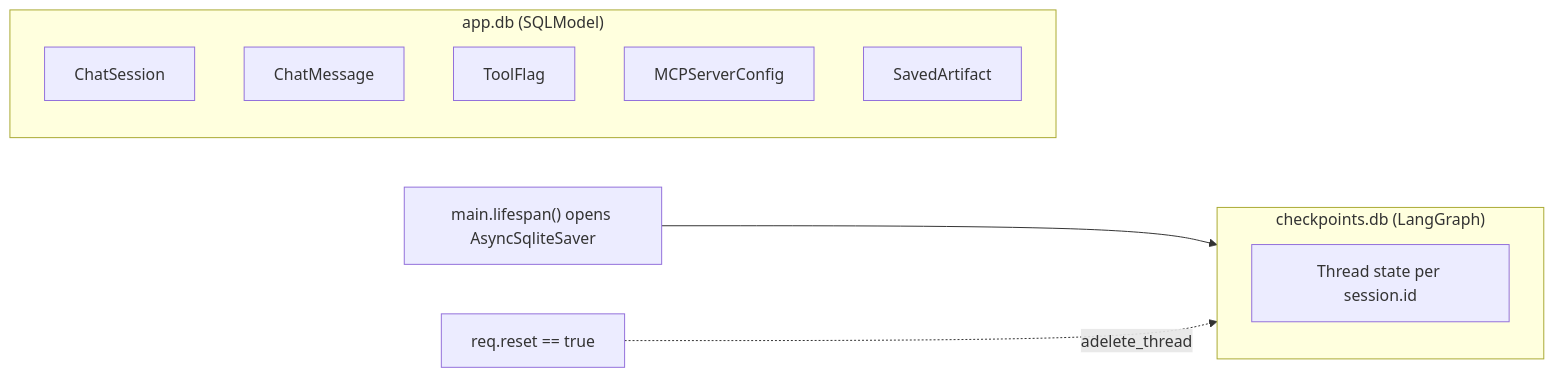
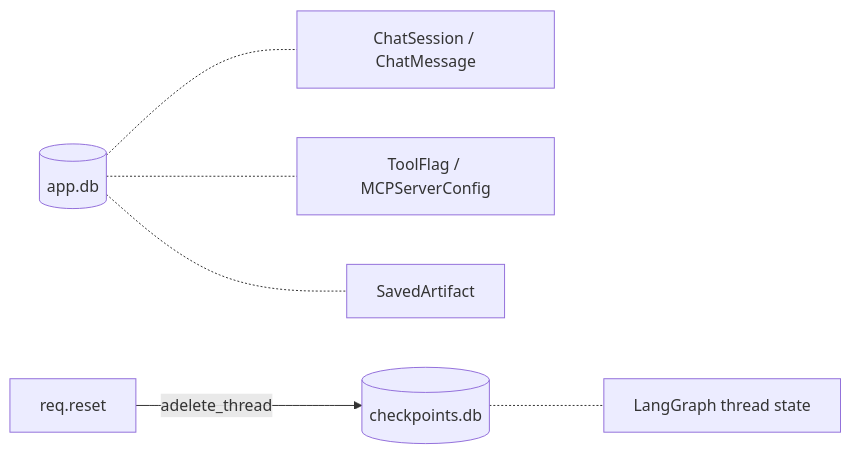
Before and after one commit to miskibin/local-code: the second of 2 diagrams in docs/src/content/docs/architecture.md, drawn with Mermaid. The commit also changed other lines of this file and 17 other files, not shown here.

````diff
--- a/docs/src/content/docs/architecture.md
+++ b/docs/src/content/docs/architecture.md
@@ -82,15 +36,8 @@
 ```mermaid
 flowchart LR
-    subgraph App["app.db (SQLModel)"]
-      AS[ChatSession]
-      AM[ChatMessage]
-      AT[ToolFlag]
-      AC[MCPServerConfig]
-      AA[SavedArtifact]
-    end
-    subgraph CK["checkpoints.db (LangGraph)"]
-      CS[Thread state per session.id]
-    end
-    Lifespan["main.lifespan() opens AsyncSqliteSaver"] --> CK
-    Reset["req.reset == true"] -. adelete_thread .-> CK
+    AppDB[(app.db)] -.- A1[ChatSession / ChatMessage]
+    AppDB -.- A2[ToolFlag / MCPServerConfig]
+    AppDB -.- A3[SavedArtifact]
+    CK[(checkpoints.db)] -.- C1[LangGraph thread state]
+    Reset[req.reset] -- adelete_thread --> CK
 ```
````
